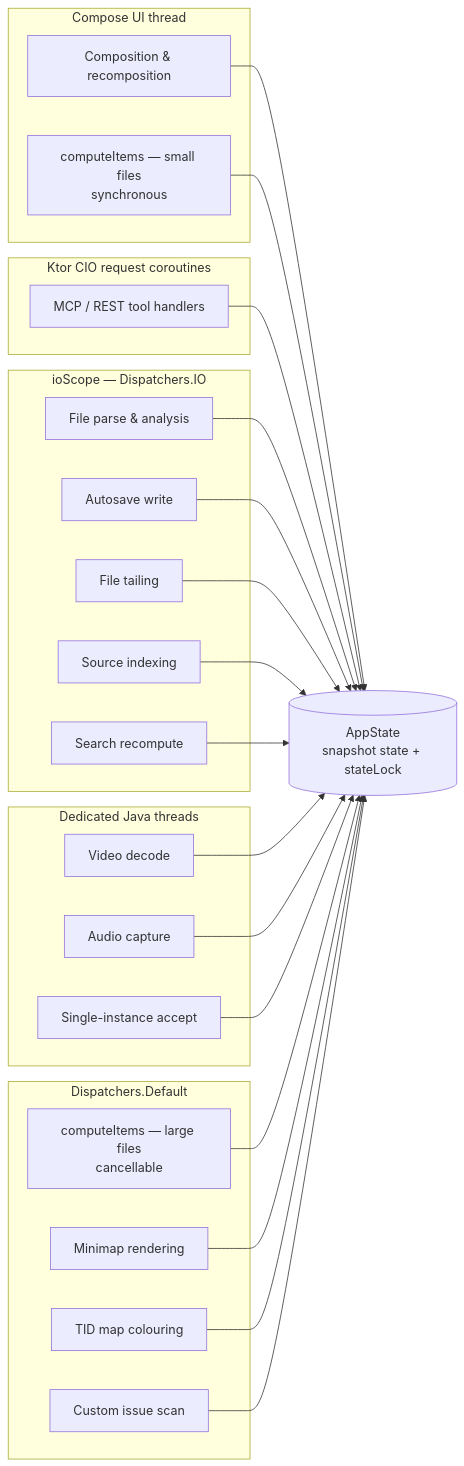
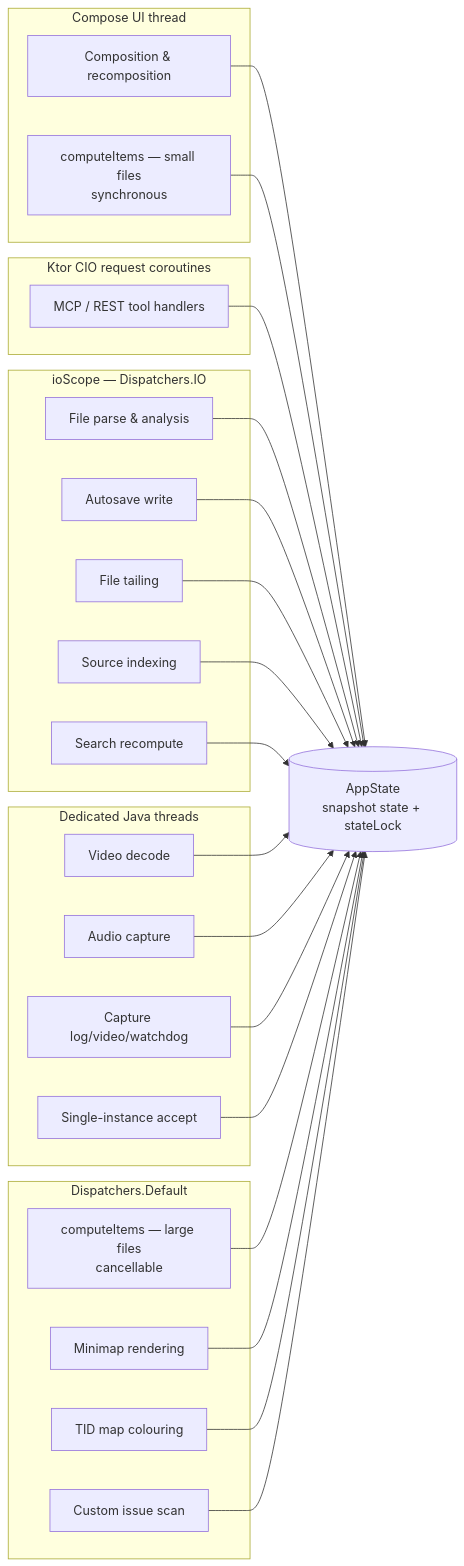
Before and after one commit to indagium/indagium: the seventh of 14 diagrams in docs/SAAD.md, drawn with Mermaid. The commit also changed other lines of this file and 28 other files, not shown here.

````diff
--- a/docs/SAAD.md
+++ b/docs/SAAD.md
@@ -1237,50 +1267,52 @@
 ```mermaid
 flowchart LR
     subgraph ui_thread["Compose UI thread"]
         compose["Composition & recomposition"]
         small["computeItems — small files<br/>synchronous"]
     end
 
     subgraph cpu["Dispatchers.Default"]
         big["computeItems — large files<br/>cancellable"]
         minimap["Minimap rendering"]
         tid["TID map colouring"]
         issues["Custom issue scan"]
     end
 
     subgraph io["ioScope — Dispatchers.IO"]
         load["File parse & analysis"]
         save["Autosave write"]
         tail["File tailing"]
         index["Source indexing"]
         search["Search recompute"]
     end
 
     subgraph ktor["Ktor CIO request coroutines"]
         tools["MCP / REST tool handlers"]
     end
 
     subgraph native["Dedicated Java threads"]
         decode["Video decode"]
         capture["Audio capture"]
+        recorder["Capture log/video/watchdog"]
         accept["Single-instance accept"]
     end
 
     state[("AppState<br/>snapshot state + stateLock")]
 
     compose --> state
     small --> state
     big --> state
     load --> state
     tail --> state
     search --> state
     tools --> state
     decode --> state
     capture --> state
+    recorder --> state
     accept --> state
     save --> state
     minimap --> state
     tid --> state
     issues --> state
     index --> state
 ```
````
